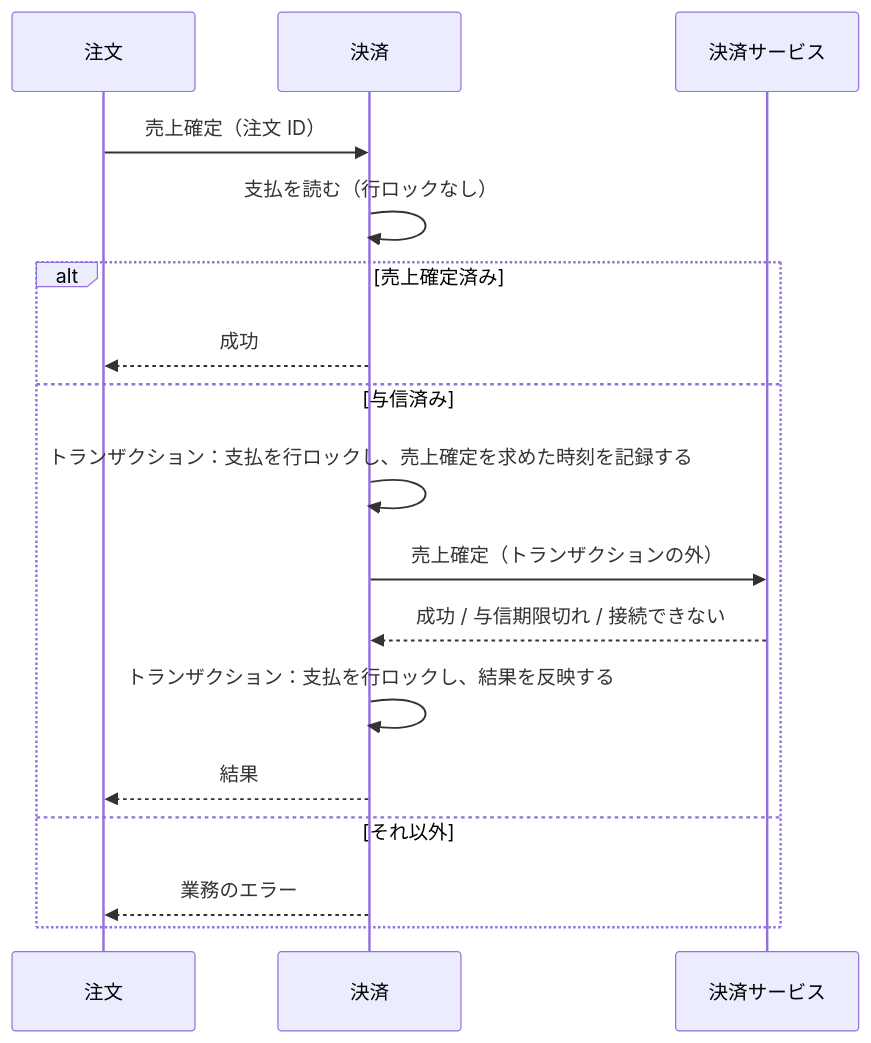
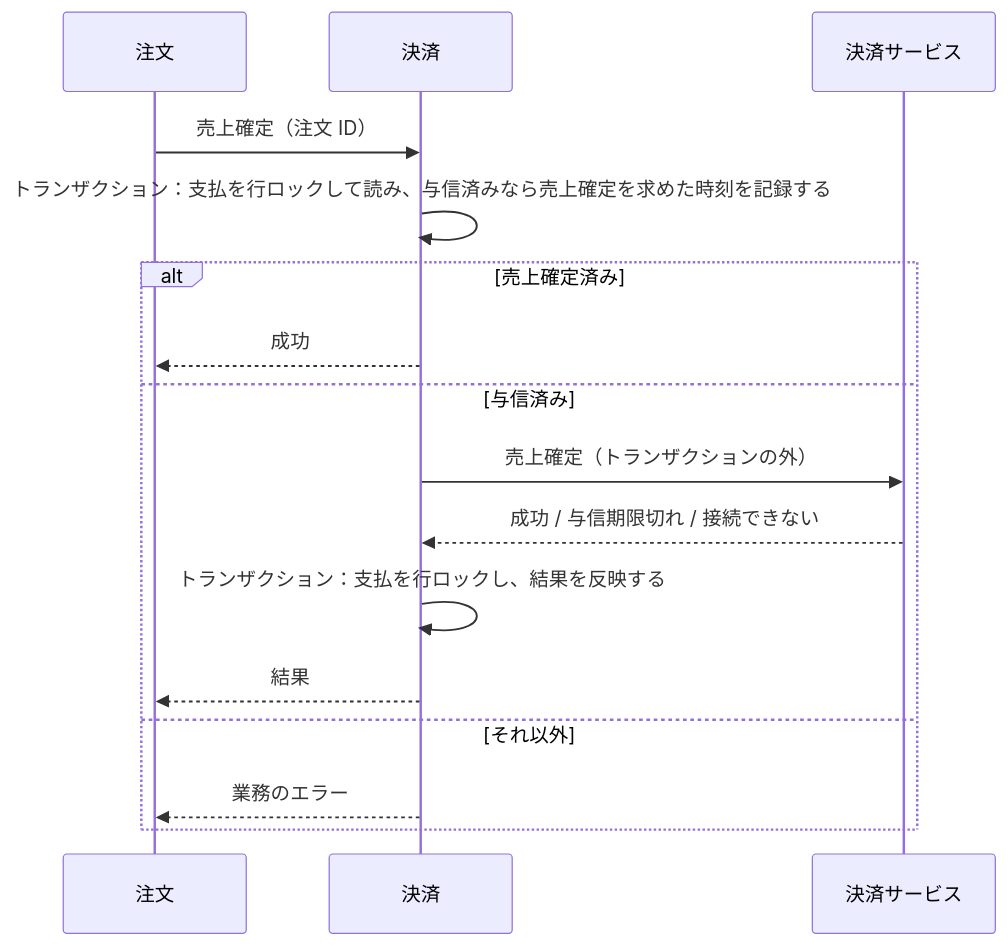
The fourth of 5 diagrams in docs/02-設計/payment.md (roger88106/ec-site), drawn with Mermaid before and after one commit. The commit also changed other lines of this file and 4 other files, not shown here.

````diff
--- a/docs/02-設計/payment.md
+++ b/docs/02-設計/payment.md
@@ -221,19 +234,18 @@
 ```mermaid
 sequenceDiagram
     participant O as 注文
     participant P as 決済
     participant G as 決済サービス
     O->>P: 売上確定（注文 ID）
-    P->>P: 支払を読む（行ロックなし）
+    P->>P: トランザクション：支払を行ロックして読み、与信済みなら売上確定を求めた時刻を記録する
     alt 売上確定済み
         P-->>O: 成功
     else 与信済み
-        P->>P: トランザクション：支払を行ロックし、売上確定を求めた時刻を記録する
         P->>G: 売上確定（トランザクションの外）
         G-->>P: 成功 / 与信期限切れ / 接続できない
         P->>P: トランザクション：支払を行ロックし、結果を反映する
         P-->>O: 結果
     else それ以外
         P-->>O: 業務のエラー
     end
 ```
````
